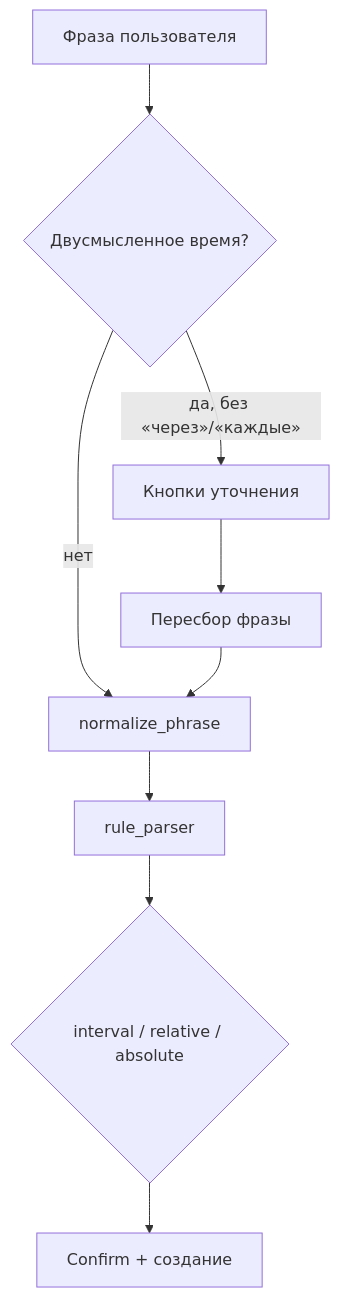
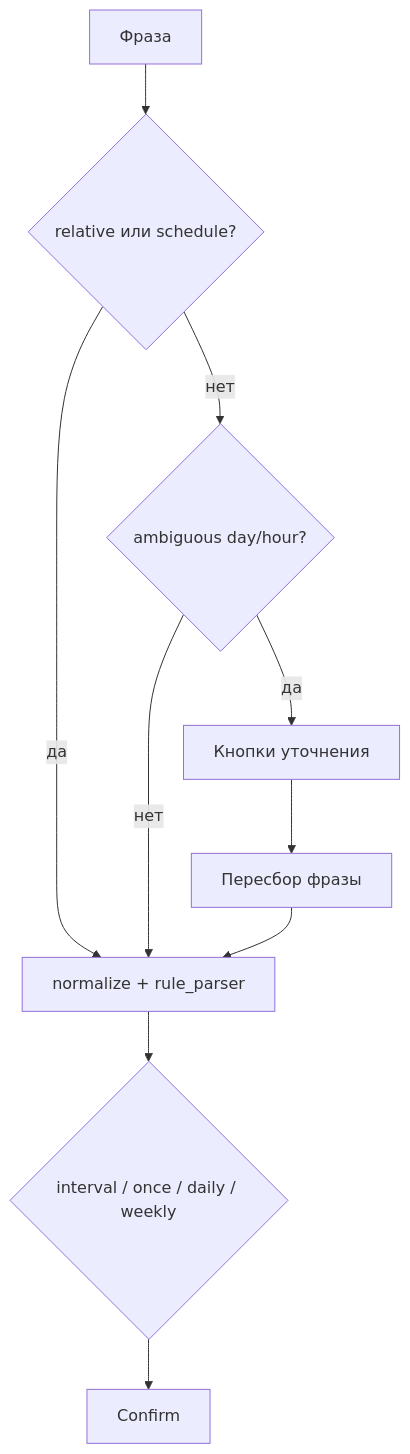
Before and after one commit to emildg8/bot_reminder: the diagram in docs/guides/nlp-time-priority.md, drawn with Mermaid. The commit also changed other lines of this file, not shown here.

````diff
--- a/docs/guides/nlp-time-priority.md
+++ b/docs/guides/nlp-time-priority.md
@@ -43,10 +165,11 @@
 ```mermaid
 flowchart TD
-    A[Фраза пользователя] --> B{Двусмысленное время?}
-    B -->|да, без «через»/«каждые»| C[Кнопки уточнения]
-    B -->|нет| D[normalize_phrase]
-    D --> E[rule_parser]
-    E --> F{interval / relative / absolute}
-    F --> G[Confirm + создание]
-    C --> H[Пересбор фразы] --> D
+    A[Фраза] --> B{relative или schedule?}
+    B -->|нет| C{ambiguous day/hour?}
+    C -->|да| D[Кнопки уточнения]
+    B -->|да| E[normalize + rule_parser]
+    C -->|нет| E
+    D --> F[Пересбор фразы] --> E
+    E --> G{interval / once / daily / weekly}
+    G --> H[Confirm]
 ```
````
